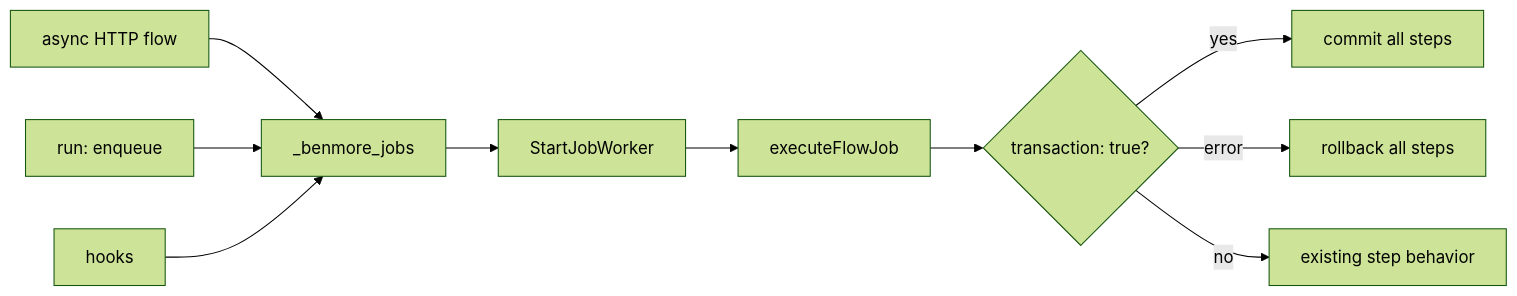
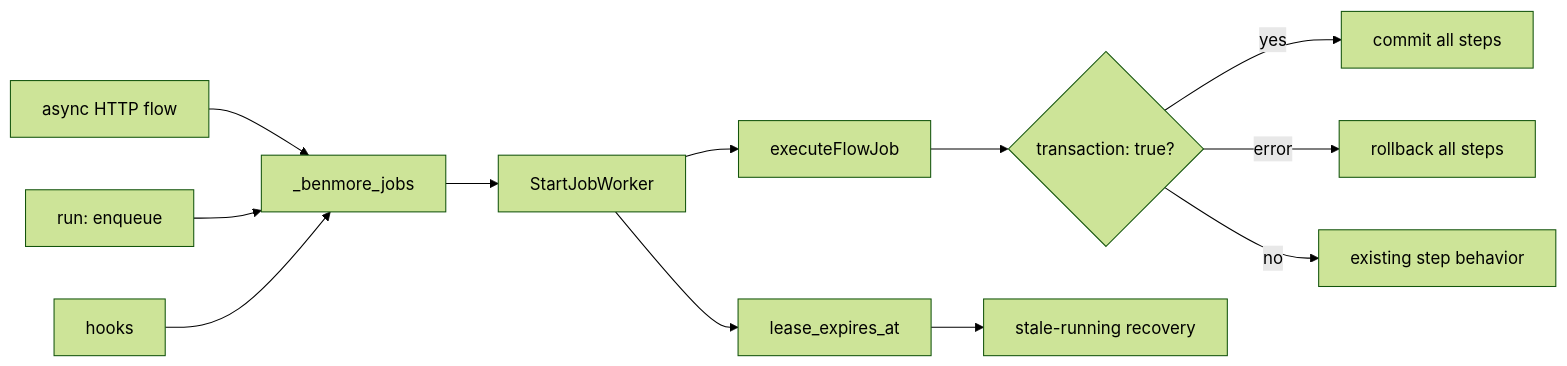
Before and after one commit to Benmore-Studio/benmore: the diagram in docs/agent/durable-jobs.md, drawn with Mermaid (forest theme). The commit also changed other lines of this file and 2 other files, not shown here.

Commit message:
Add durable job lease recovery

````diff
--- a/docs/agent/durable-jobs.md
+++ b/docs/agent/durable-jobs.md
@@ -9,12 +9,14 @@
 ```mermaid
 flowchart LR
   HTTP[async HTTP flow] --> Jobs[_benmore_jobs]
   Enqueue[run: enqueue] --> Jobs
   Hooks[hooks] --> Jobs
   Jobs --> Worker[StartJobWorker]
+  Worker --> Lease[lease_expires_at]
   Worker --> Flow[executeFlowJob]
   Flow --> Tx{transaction: true?}
   Tx -->|yes| Commit[commit all steps]
   Tx -->|error| Rollback[rollback all steps]
   Tx -->|no| Direct[existing step behavior]
+  Lease --> Recovery[stale-running recovery]
 ```
````
